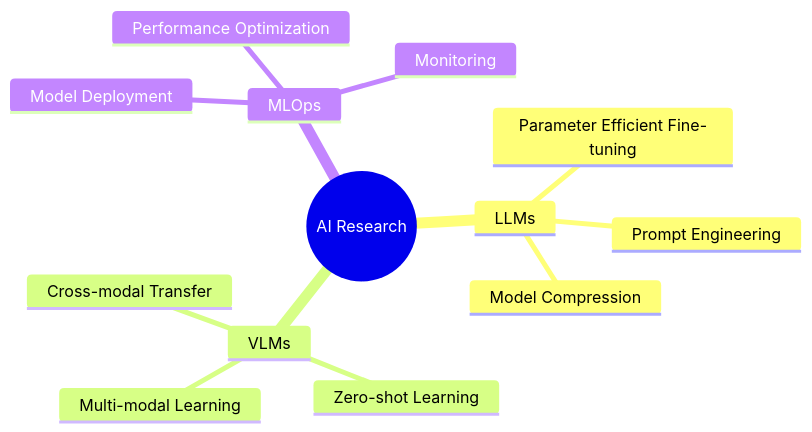
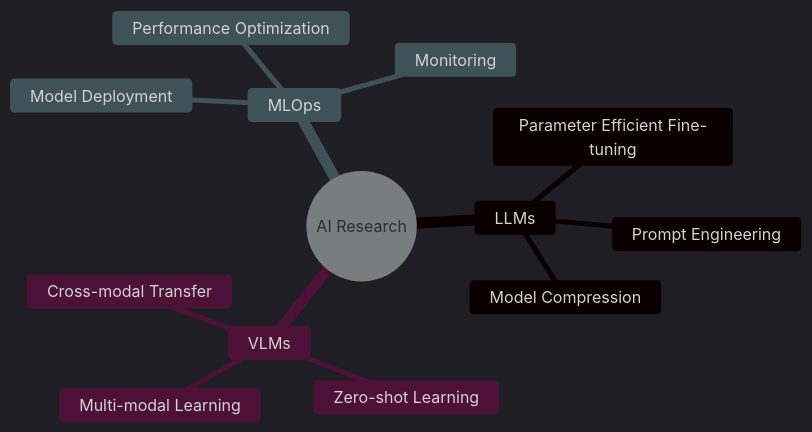
Before and after one commit to B143KC47/B143KC47: the diagram in README.md, drawn with Mermaid. The commit also changed other lines of this file, not shown here.

````diff
--- a/README.md
+++ b/README.md
@@ -134,16 +155,17 @@
 ```mermaid
+%%{init: {'theme': 'dark', 'themeVariables': { 'fontFamily': 'monospace'}}}%%
 mindmap
   root((AI Research))
     LLMs
       Parameter Efficient Fine-tuning
       Prompt Engineering
       Model Compression
     VLMs
       Multi-modal Learning
       Zero-shot Learning
       Cross-modal Transfer
     MLOps
       Model Deployment
       Performance Optimization
       Monitoring
 ```
````
